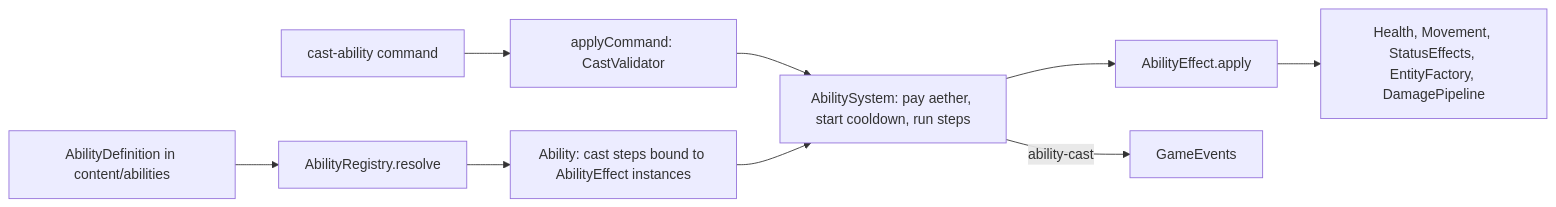
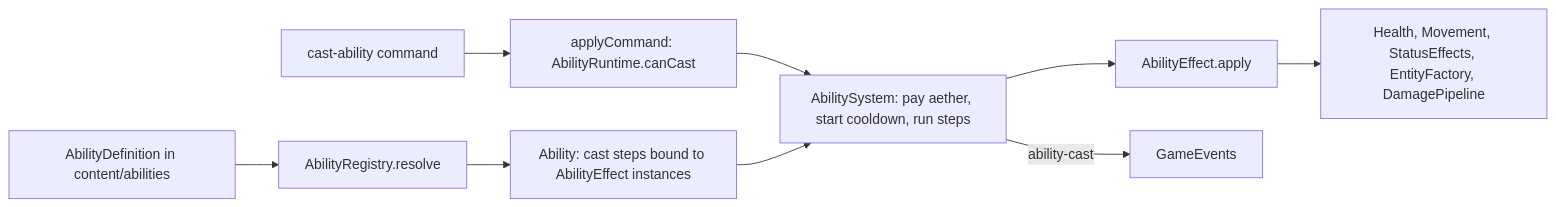
One commit to SamarjitBhogal/eternalus changed the diagram in docs/architecture/05-abilities-weapons-and-loadouts.md. Above: the diagram before and after it, drawn with Mermaid. The commit also changed other lines of this file and 663 other files, not shown here.

First line of the commit message:
feat: add timeline frame configuration and related tests

````diff
--- a/docs/architecture/05-abilities-weapons-and-loadouts.md
+++ b/docs/architecture/05-abilities-weapons-and-loadouts.md
@@ -59,11 +58,11 @@
 ```mermaid
 flowchart LR
   DEF[AbilityDefinition in content/abilities] --> REG[AbilityRegistry.resolve]
   REG --> AB[Ability: cast steps bound to AbilityEffect instances]
-  CMD[cast-ability command] --> APPLY[applyCommand: CastValidator]
+  CMD[cast-ability command] --> APPLY[applyCommand: AbilityRuntime.canCast]
   APPLY --> SYS[AbilitySystem: pay aether, start cooldown, run steps]
   AB --> SYS
   SYS --> EFF[AbilityEffect.apply]
   EFF --> COMP[Health, Movement, StatusEffects, EntityFactory, DamagePipeline]
   SYS -->|ability-cast| EV[GameEvents]
 ```
````
